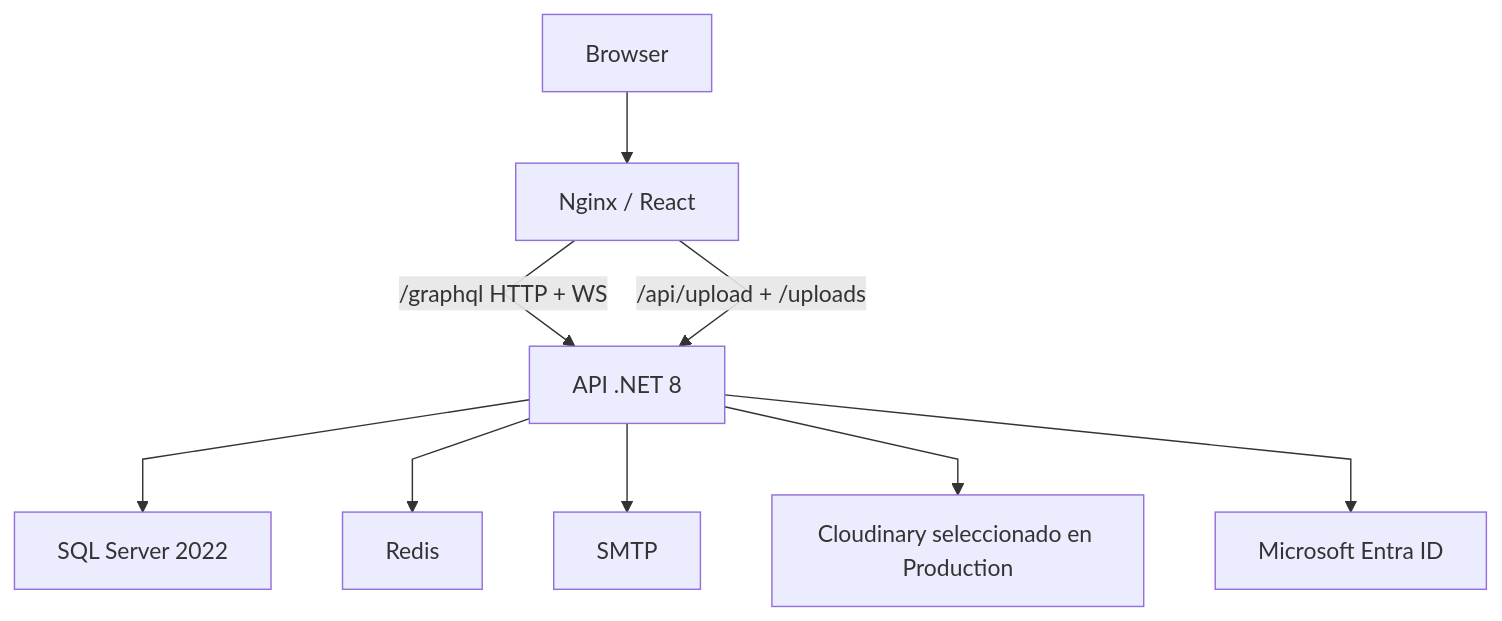
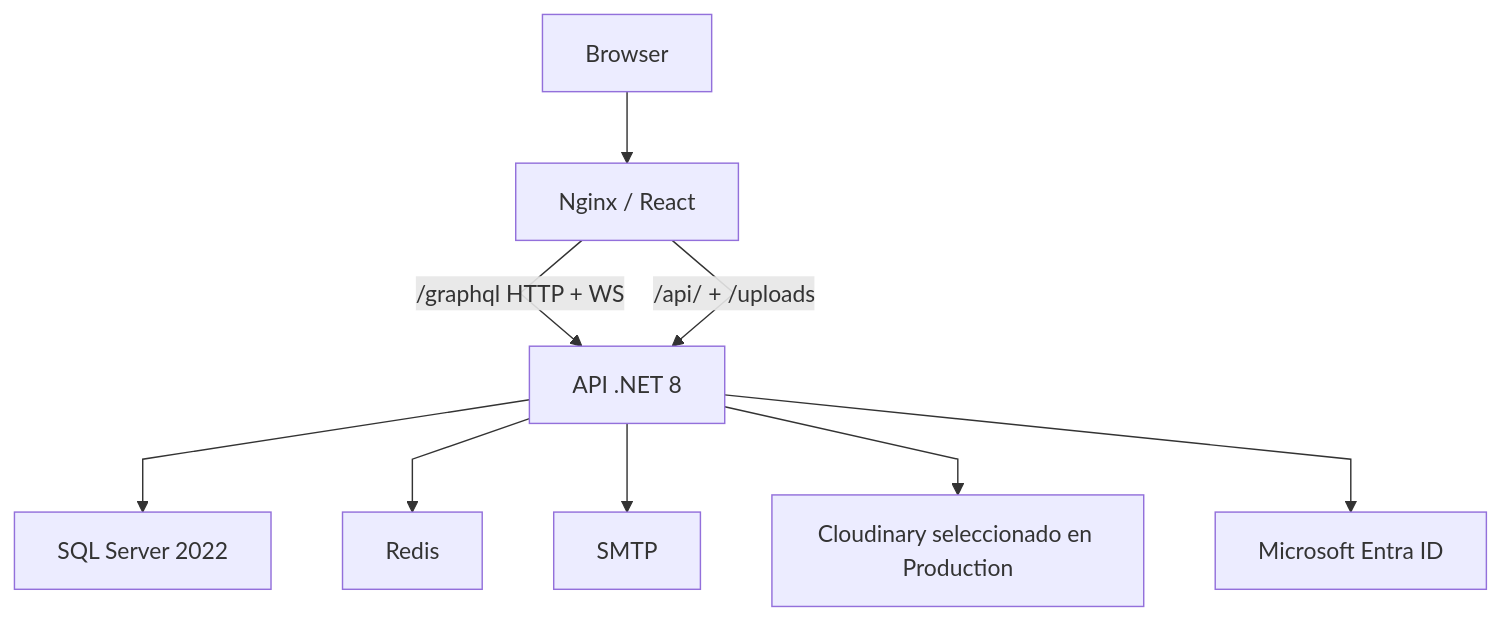
Before and after one commit to fagdiaz/OneITB: the seventh of 7 diagrams in docs/project_docs/architecture-and-design.md, drawn with Mermaid. The commit also changed other lines of this file and 13 other files, not shown here.

````diff
--- a/docs/project_docs/architecture-and-design.md
+++ b/docs/project_docs/architecture-and-design.md
@@ -647,12 +665,12 @@
 ```mermaid
 %%{init: {"flowchart": {"curve": "linear"}}}%%
 flowchart TB
     Browser["Browser"] --> Nginx["Nginx / React"]
     Nginx -->|"/graphql HTTP + WS"| API["API .NET 8"]
-    Nginx -->|"/api/upload + /uploads"| API
+    Nginx -->|"/api/ + /uploads"| API
     API --> SQL["SQL Server 2022"]
     API --> Redis["Redis"]
     API --> SMTP["SMTP"]
     API --> Cloud["Cloudinary seleccionado en Production"]
     API --> Entra["Microsoft Entra ID"]
 ```
````
